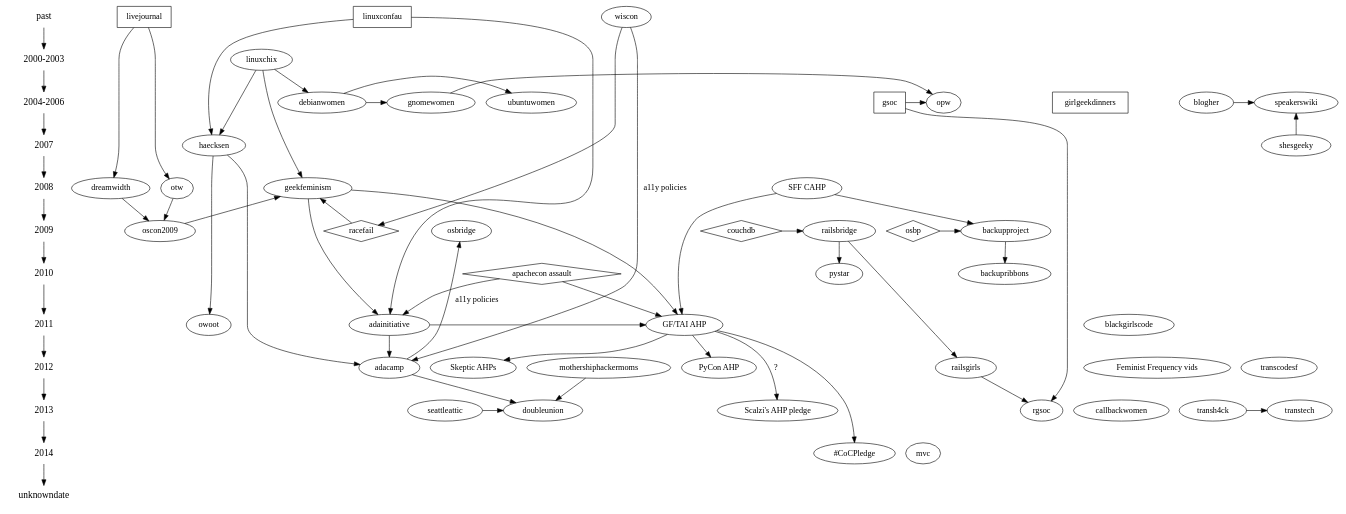
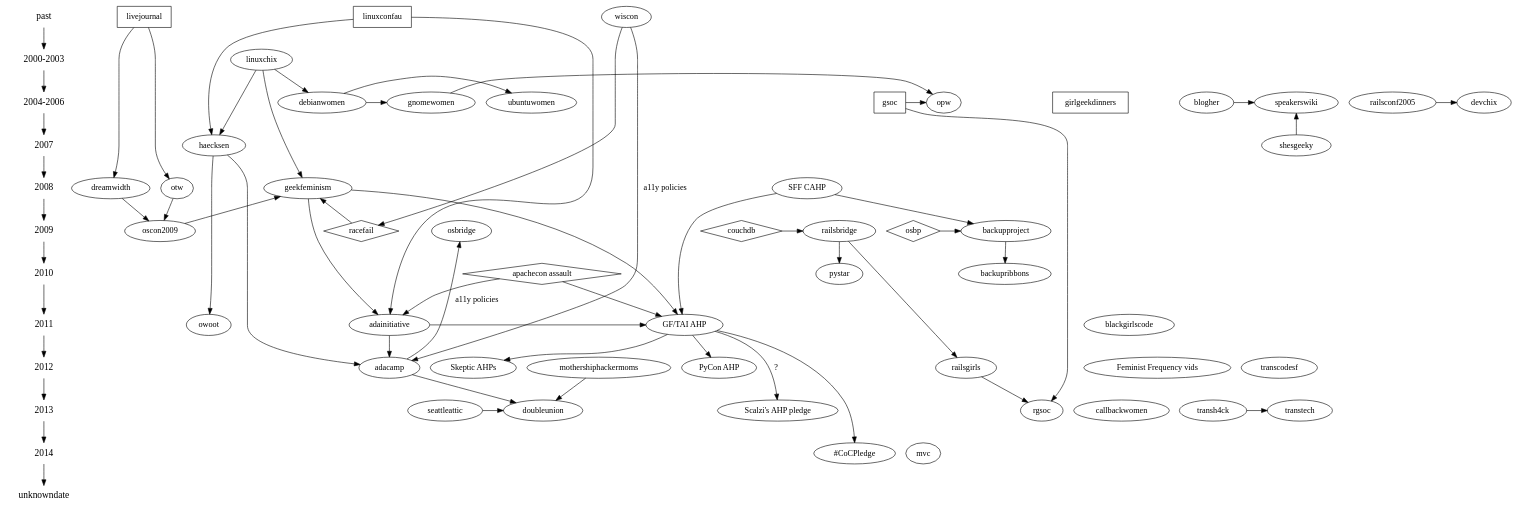
One commit to brainwane/gf-family-tree changed the diagram in gfft.dot. Above: the diagram before and after it, drawn with Graphviz. The commit also changed 1 other file, not shown here.

Commit message:
adding RailsConf 2005 and DevChix

```diff
--- a/gfft.dot
+++ b/gfft.dot
@@ -1,157 +1,160 @@
 digraph GeekFeminismFamilyTree {
 
   /*
      The following shapes are used for different types of things:
      oval = geek feminist/women-in-tech/etc organisation
      rectangle = orgs that aren't particularly feminist, but are influential
      diamond = event/incident (cf. GF wiki "Timeline of Incidents")
   */
 
   /*
      And this section lays out the history in terms of years.
   */
 
   {
     node [shape=plaintext, fontsize=16];
     past -> "2000-2003" -> "2004-2006" -> 2007 -> 2008 -> 2009 -> 2010 -> 2011 -> 2012 -> 2013 -> 2014 -> unknowndate;
   }
   { rank = same; past; livejournal; wiscon; linuxconfau}
   { rank = same; "2000-2003"; linuxchix; }
-  { rank = same; "2004-2006"; gsoc; opw; ubuntuwomen; gnomewomen; debianwomen; girlgeekdinners; blogher; speakerswiki}
+  { rank = same; "2004-2006"; gsoc; opw; ubuntuwomen; gnomewomen; debianwomen; girlgeekdinners; blogher; speakerswiki; railsconf2005; devchix}
   { rank = same; 2007; haecksen; shesgeeky; }
   { rank = same; 2008; "SFF CAHP"; geekfeminism; dreamwidth; otw; }
   { rank = same; 2009; oscon2009; racefail; couchdb; railsbridge; osbp; backupproject; osbridge; }
   { rank = same; 2010; "apachecon assault"; backupribbons;}
   { rank = same; 2011; adainitiative; "GF/TAI AHP"; owoot; blackgirlscode }
   { rank = same; 2012; adacamp; railsgirls; "Skeptic AHPs"; "PyCon AHP"; "Feminist Frequency vids"; transcodesf; }
   { rank = same; 2013; seattleattic; doubleunion; rgsoc; callbackwomen; "Scalzi's AHP pledge"; transh4ck; transtech; }
   { rank = same; 2014; mvc; "#CoCPledge"; }
   { rank = same; 2014; mvc }
   { rank = same; unknowndate; }
 
   /* GGD explicitly identify as non-feminist
    * news.bbc.co.uk/2/hi/technology/8663593.stm */
   girlgeekdinners [shape=rectangle]
 
   /* Skud set up the GF wiki in 2008, mostly inspired by earlier "women
    * in open source" communities such as linuxchix */
   linuxchix -> geekfeminism;
 
   /* in 2009, Racefail introduced Skud and other GF wiki contributors to
    * a lot of new ideas */
   racefail -> geekfeminism;
   racefail [shape=diamond];
 
   /* in 2010, the Noirin Plunkett's assault at ApacheCon triggered
    * discussions about anti-harassment that would lead to the formation
    * of the Ada Initiative */
   "apachecon assault" -> adainitiative;
   "apachecon assault" [shape=diamond];
 
   /* GF (esp. volunteer burnout) was an influence on TAI */
   geekfeminism -> adainitiative;
 
   /* The first TAI discussions were held at LCA */
   linuxconfau -> adainitiative;
   linuxconfau [shape=rectangle];
 
   /* TAI wrote the first conf anti-harassment poilcy in response to the
    * apachecon assault */
   "apachecon assault" -> "GF/TAI AHP"
   "geekfeminism" -> "GF/TAI AHP"
   "adainitiative" -> "GF/TAI AHP"
 
   /* The Con Anti-Harassment Policy (out of SFF fandom) also inspired it */
   "SFF CAHP" -> "GF/TAI AHP"
 
   /* Vaguely related: Open Source Boob Project and Backup Project */
   osbp -> backupproject
   osbp [shape=diamond]
   "SFF CAHP" -> backupproject
   backupproject -> backupribbons;
 
   /* The GF/TAI AHP inspired the PyCon variant */
   "GF/TAI AHP" -> "PyCon AHP";
 
   /* The GF/TAI AHP inspired the skeptic variants */
   "GF/TAI AHP" -> "Skeptic AHPs";
   "GF/TAI AHP" -> "#CoCPledge";
 
   /* Causation here is less clear. */
   "GF/TAI AHP" -> "Scalzi's AHP pledge" [label="?"];
 
   adainitiative -> adacamp;
 
   /* Adacamp was inspired in some ways by Wiscon, eg. accessibility */
   wiscon -> adacamp [label="a11y policies"];
   /* and then open source bridge picked up some of that from adacamp */
   adacamp -> osbridge [label="a11y policies"];
 
   /* DoubleUnion came out of AdaCamp SF in 2013 */
   adacamp -> doubleunion;
   /* pretty sure mothership hackermoms was also an inspiration? */
   mothershiphackermoms -> doubleunion;
   seattleattic -> doubleunion;
 
   /* Various early women-in-open-source mailing lists etc */
   linuxchix -> debianwomen;
   debianwomen -> ubuntuwomen;
   /* Direct ancestry, because Hanna Wallach did debianwomen first and
    * then GNOME Women, and was never a big participant in LinuxChix*/
   debianwomen -> gnomewomen;
   haecksen -> owoot;
 
   /* Gnome Outreach Program for Women, now FOSS OPW */
   gnomewomen -> opw;
   /* "The Outreach Program for Women (OPW) was inspired by Google's
    * Summer of Code and by how few women applied for it."
    * via gnome.org/opw (why can't I include double slashes in a comment?)
    */
   gsoc -> opw;
   gsoc [shape=rectangle]
 
   /* LinuxChix inspired the Haecksen miniconf at LCA */
   linuxchix -> haecksen;
   linuxconfau -> haecksen;
 
   /* Both creations of Mary Gardiner's, one of the inputs to AdaCamp is
      what wasn't possible with Haecksen */
   haecksen -> adacamp;
 
   /* RailsBridge happened in response to the CouchDB incident at
    * GoGaRuCo */
   couchdb -> railsbridge;
   couchdb [shape=diamond];
   railsbridge -> pystar;
   railsbridge -> railsgirls;
 
   /* There's now a rails girls summer of code */
 
   railsgirls -> rgsoc;
   gsoc -> rgsoc;
 
   wiscon -> racefail;
 
   /* Livejournal (esp. their fail) inspired DW and OTW */
   livejournal -> dreamwidth;
   livejournal -> otw;
   livejournal [shape=rectangle]
 
   /* Dreamwidth and OTW inspired Skud's 2009 OSCON keynote */
   dreamwidth -> oscon2009;
   otw -> oscon2009;
 
   /* GF blog came out of the oscon2009 keynote, as a place to have
    * ongoing conversations */
   oscon2009 -> geekfeminism;
 
   /* Trans*H4CK inspired the Transtech meetups
    * lukasblakk.com/why-i-was-part-of-creating-a-thing-called-transtech/ */
   transh4ck -> transtech;
 
   /* Speaker's wiki (www.socialtext.net/speakers) came out of BlogHer
    * '05 and is supported by She's Geeky */
   blogher -> speakerswiki;
   shesgeeky -> speakerswiki;
 
+  /* Desi McAdam started DevChix in 2005 with initial membership from user groups and RailsConf 2005 */
+  railsconf2005 -> devchix;
+
 }
```
